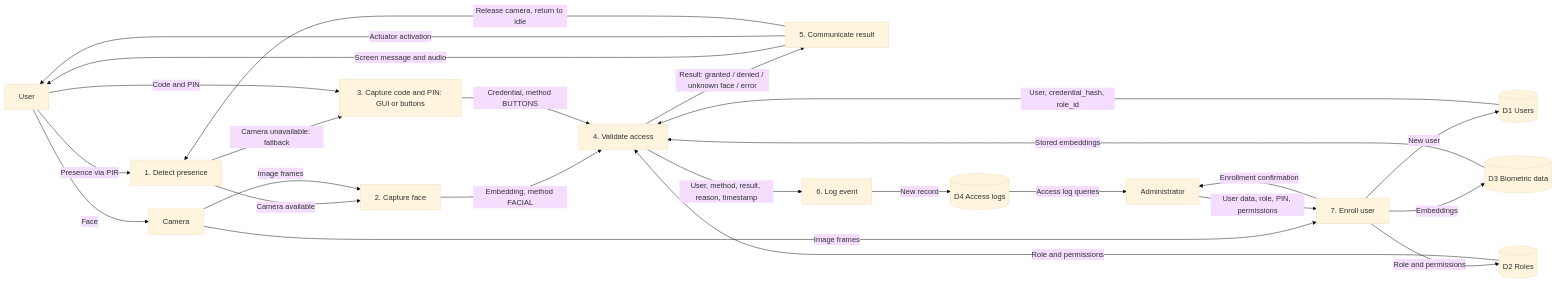
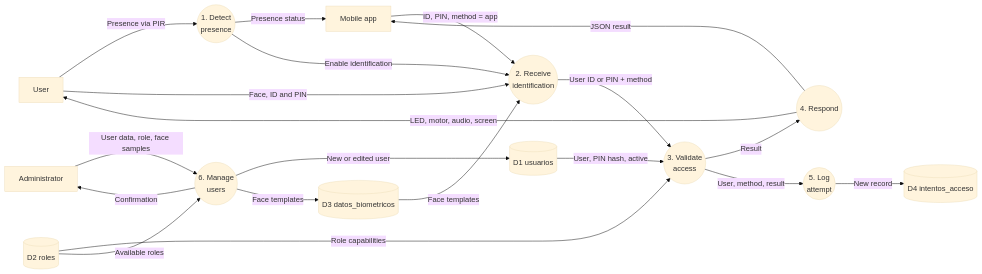
Before and after one commit to MrGodie/ControlAccesoRPI: the diagram in docs/dfd-1.md, drawn with Mermaid (base theme). The commit also changed 2 other files, not shown here.

Commit message:
PIC-104 Update the data model and data flow diagrams

````diff
--- a/docs/dfd-1.md
+++ b/docs/dfd-1.md
@@ -1,48 +1,42 @@
 ```mermaid
 flowchart LR
     U[User]
+    APP[Mobile app]
     A[Administrator]
-    CAM[Camera]
 
-    P1[1. Detect presence]
-    P2[2. Capture face]
-    P3[3. Capture code and PIN: GUI or buttons]
-    P4[4. Validate access]
-    P5[5. Communicate result]
-    P6[6. Log event]
-    P7[7. Enroll user]
+    P1((1. Detect<br/>presence))
+    P2((2. Receive<br/>identification))
+    P3((3. Validate<br/>access))
+    P4((4. Respond))
+    P5((5. Log<br/>attempt))
+    P6((6. Manage<br/>users))
 
-    D1[(D1 Users)]
-    D2[(D2 Roles)]
-    D3[(D3 Biometric data)]
-    D4[(D4 Access logs)]
+    D1[(D1 usuarios)]
+    D2[(D2 roles)]
+    D3[(D3 datos_biometricos)]
+    D4[(D4 intentos_acceso)]
 
     U -->|Presence via PIR| P1
-    P1 -->|Camera available| P2
-    P1 -->|Camera unavailable: fallback| P3
-    U -->|Face| CAM
-    CAM -->|Image frames| P2
-    CAM -->|Image frames| P7
-    U -->|Code and PIN| P3
+    P1 -->|Presence status| APP
+    P1 -->|Enable identification| P2
+    U -->|Face, ID and PIN| P2
+    APP -->|ID, PIN, method = app| P2
+    D3 -->|Face templates| P2
 
-    P2 -->|Embedding, method FACIAL| P4
-    P3 -->|Credential, method BUTTONS| P4
-    D3 -->|Stored embeddings| P4
-    D1 -->|User, credential_hash, role_id| P4
-    D2 -->|Role and permissions| P4
+    P2 -->|User ID or PIN + method| P3
+    D1 -->|User, PIN hash, active| P3
+    D2 -->|Role capabilities| P3
 
-    P4 -->|Result: granted / denied / unknown face / error| P5
-    P4 -->|User, method, result, reason, timestamp| P6
-    P6 -->|New record| D4
+    P3 -->|Result| P4
+    P3 -->|User, method, result| P5
+    P5 -->|New record| D4
 
-    P5 -->|Screen message and audio| U
-    P5 -->|Actuator activation| U
-    P5 -->|Release camera, return to idle| P1
+    P4 -->|LED, motor, audio, screen| U
+    P4 -->|JSON result| APP
 
-    A -->|User data, role, PIN, permissions| P7
-    P7 -->|New user| D1
-    P7 -->|Embeddings| D3
-    P7 -->|Role and permissions| D2
-    P7 -->|Enrollment confirmation| A
-    D4 -->|Access log queries| A
+    A -->|User data, role, face samples| P6
+    D2 -->|Available roles| P6
+    P6 -->|New or edited user| D1
+    P6 -->|Face templates| D3
+    P6 -->|Confirmation| A
 ```
````
